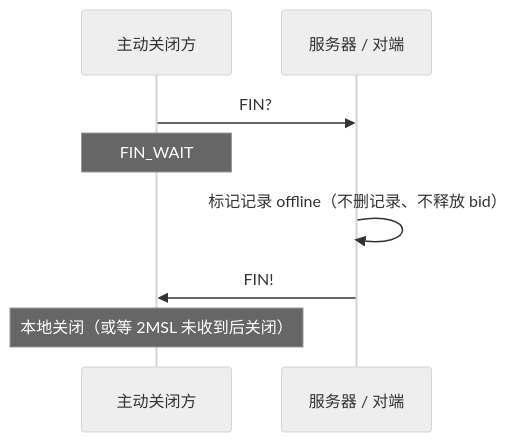
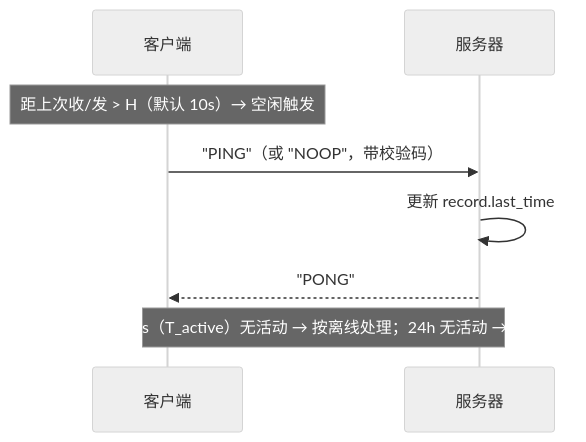
The eighth of 10 diagrams in docs/workflow.md (moky/magpie), drawn with Mermaid (neutral theme) before and after one commit. The commit also changed other lines of this file and 7 other files, not shown here.

````diff
--- a/docs/workflow.md
+++ b/docs/workflow.md
@@ -102,10 +240,11 @@
 ```mermaid
 sequenceDiagram
-    participant A as 主动关闭方
-    participant S as 服务器 / 对端
-    A->>S: FIN?
-    Note over A: FIN_WAIT
-    S->>S: 标记记录 offline（不删记录、不释放 bid）
-    S->>A: FIN!
-    Note over A: 本地关闭（或等 2MSL 未收到后关闭）
+    participant C as 客户端
+    participant S as 服务器
+
+    Note over C: 距上次收/发 > H（默认 10s）→ 空闲触发
+    C->>S: "PING"（或 "NOOP"，带校验码）
+    S->>S: 更新 record.last_time
+    S-->>C: "PONG"
+    Note over C,S: 服务器 60s（T_active）无活动 → 按离线处理；24h 无活动 → 记录回收
 ```
````
